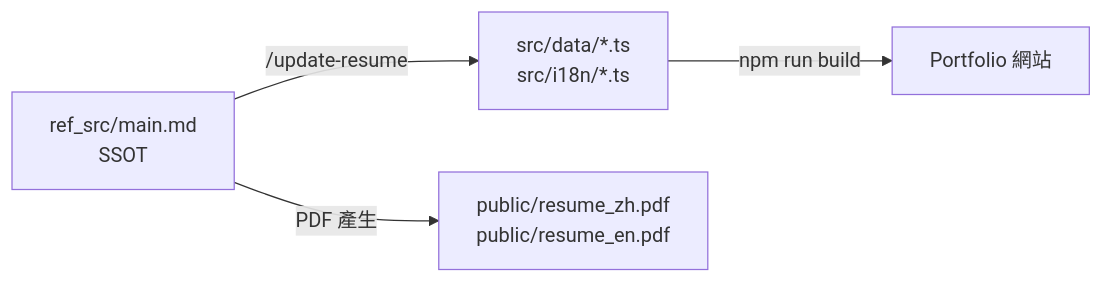
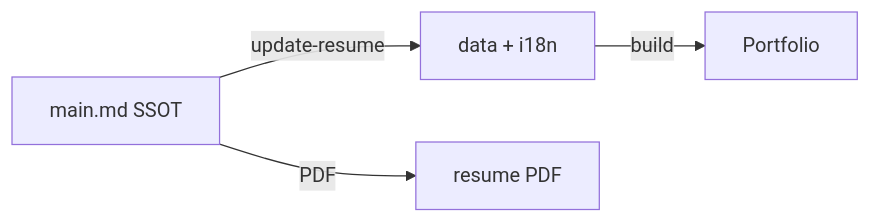
The first of 2 diagrams in README.md (Lewsiafat/SmartResume), drawn with Mermaid before and after one commit. The commit also changed other lines of this file and 198 other files, not shown here.

````diff
--- a/README.md
+++ b/README.md
@@ -86,6 +98,6 @@
 ```mermaid
 flowchart LR
-    A[ref_src/main.md\nSSOT] -->|/update-resume| B[src/data/*.ts\nsrc/i18n/*.ts]
-    A -->|PDF 產生| C[public/resume_zh.pdf\npublic/resume_en.pdf]
-    B -->|npm run build| D[Portfolio 網站]
+    A["main.md SSOT"] -- update-resume --> B["data + i18n"]
+    A -- PDF --> C["resume PDF"]
+    B -- build --> D["Portfolio"]
 ```
````
